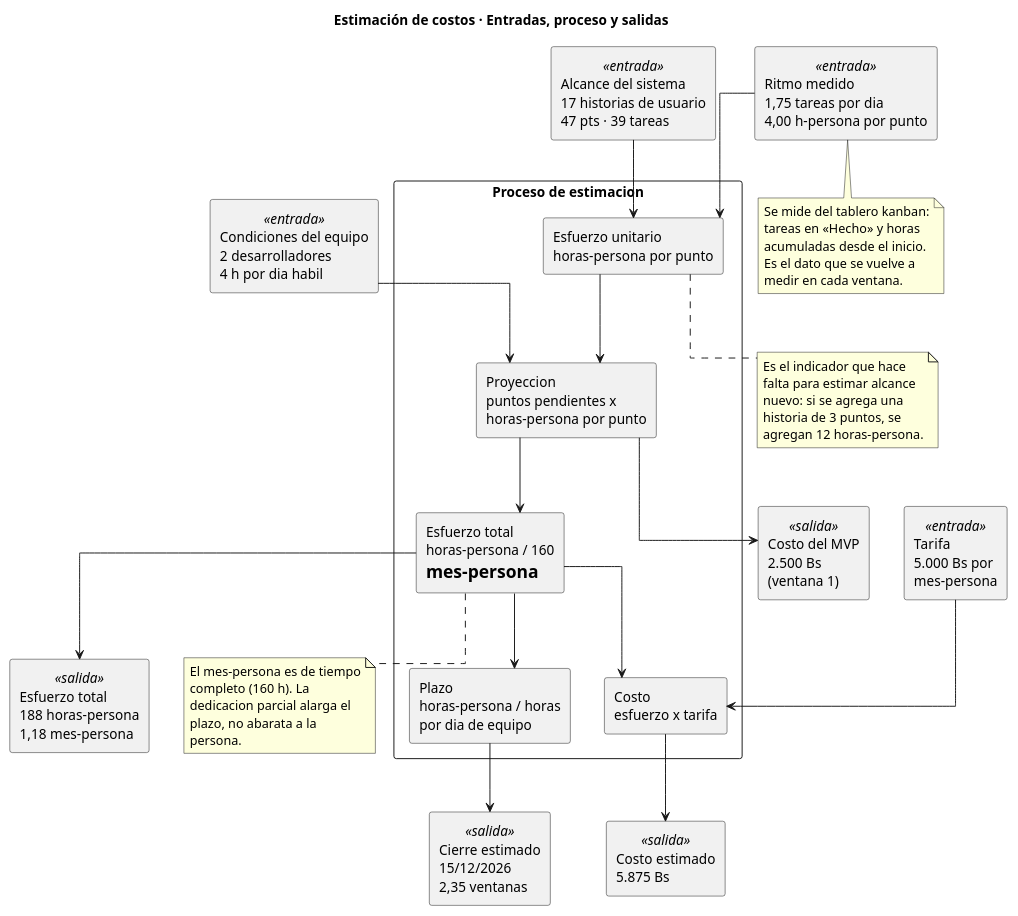
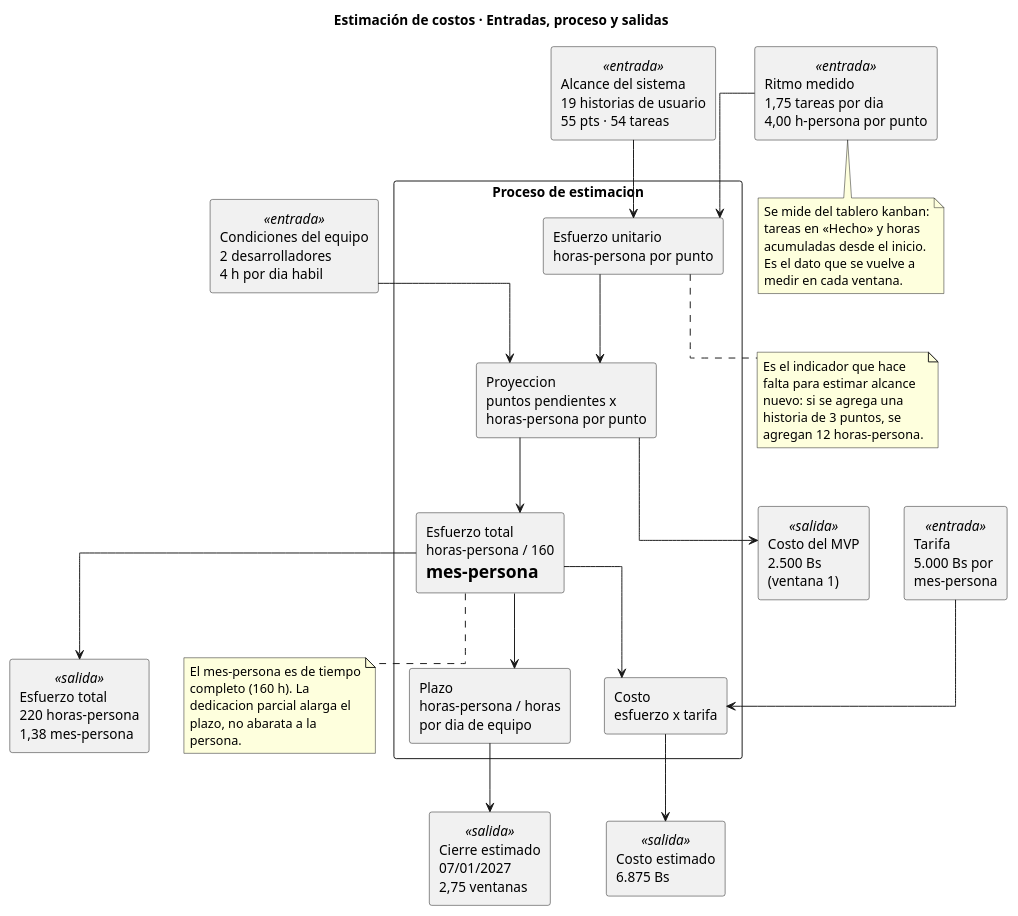
Before and after one commit to fervflow/sis-inf3-proyecto-formativo: the diagram in sistema/diagramas/uml/procesos/estimacion-entrada-proceso-salida.puml, drawn with PlantUML. The commit also changed 34 other files, not shown here.

```diff
--- a/sistema/diagramas/uml/procesos/estimacion-entrada-proceso-salida.puml
+++ b/sistema/diagramas/uml/procesos/estimacion-entrada-proceso-salida.puml
@@ -1,65 +1,65 @@
 @startuml
 title Estimación de costos · Entradas, proceso y salidas
 ' Diagrama de entrada-proceso-salida del proceso de estimacion. Las tres
 ' entradas de la izquierda son las que se leen del backlog y del tablero; el
 ' proceso es el calculo; las salidas de la derecha son las cifras que se
 ' declaran en el informe.
 hide circle
 skinparam classAttributeIconSize 0
 skinparam linetype ortho
 
-rectangle "Alcance del sistema\n17 historias de usuario\n47 pts · 39 tareas" as E1 <<entrada>>
+rectangle "Alcance del sistema\n19 historias de usuario\n55 pts · 54 tareas" as E1 <<entrada>>
 rectangle "Ritmo medido\n1,75 tareas por dia\n4,00 h-persona por punto" as E2 <<entrada>>
 rectangle "Condiciones del equipo\n2 desarrolladores\n4 h por dia habil" as E3 <<entrada>>
 rectangle "Tarifa\n5.000 Bs por\nmes-persona" as E4 <<entrada>>
 
 rectangle "Proceso de estimacion" {
   rectangle "Esfuerzo unitario\nhoras-persona por punto" as P1
   rectangle "Proyeccion\npuntos pendientes x\nhoras-persona por punto" as P2
   rectangle "Esfuerzo total\nhoras-persona / 160\n= mes-persona" as P3
   rectangle "Costo\nesfuerzo x tarifa" as P4
   rectangle "Plazo\nhoras-persona / horas\npor dia de equipo" as P5
 }
 
-rectangle "Esfuerzo total\n188 horas-persona\n1,18 mes-persona" as S1 <<salida>>
-rectangle "Costo estimado\n5.875 Bs" as S2 <<salida>>
-rectangle "Cierre estimado\n15/12/2026\n2,35 ventanas" as S3 <<salida>>
+rectangle "Esfuerzo total\n220 horas-persona\n1,38 mes-persona" as S1 <<salida>>
+rectangle "Costo estimado\n6.875 Bs" as S2 <<salida>>
+rectangle "Cierre estimado\n07/01/2027\n2,75 ventanas" as S3 <<salida>>
 rectangle "Costo del MVP\n2.500 Bs\n(ventana 1)" as S4 <<salida>>
 
 E1 --> P1
 E2 --> P1
 E3 --> P2
 E4 --> P4
 P1 --> P2
 P2 --> P3
 P3 --> P4
 P3 --> P5
 P4 --> S2
 P5 --> S3
 P3 --> S1
 P2 --> S4
 
 note bottom of E2
   Se mide del tablero kanban:
   tareas en «Hecho» y horas
   acumuladas desde el inicio.
   Es el dato que se vuelve a
   medir en cada ventana.
 end note
 
 note bottom of P1
   Es el indicador que hace
   falta para estimar alcance
   nuevo: si se agrega una
   historia de 3 puntos, se
   agregan 12 horas-persona.
 end note
 
 note bottom of P3
   El mes-persona es de tiempo
   completo (160 h). La
   dedicacion parcial alarga el
   plazo, no abarata a la
   persona.
 end note
 @enduml
```
